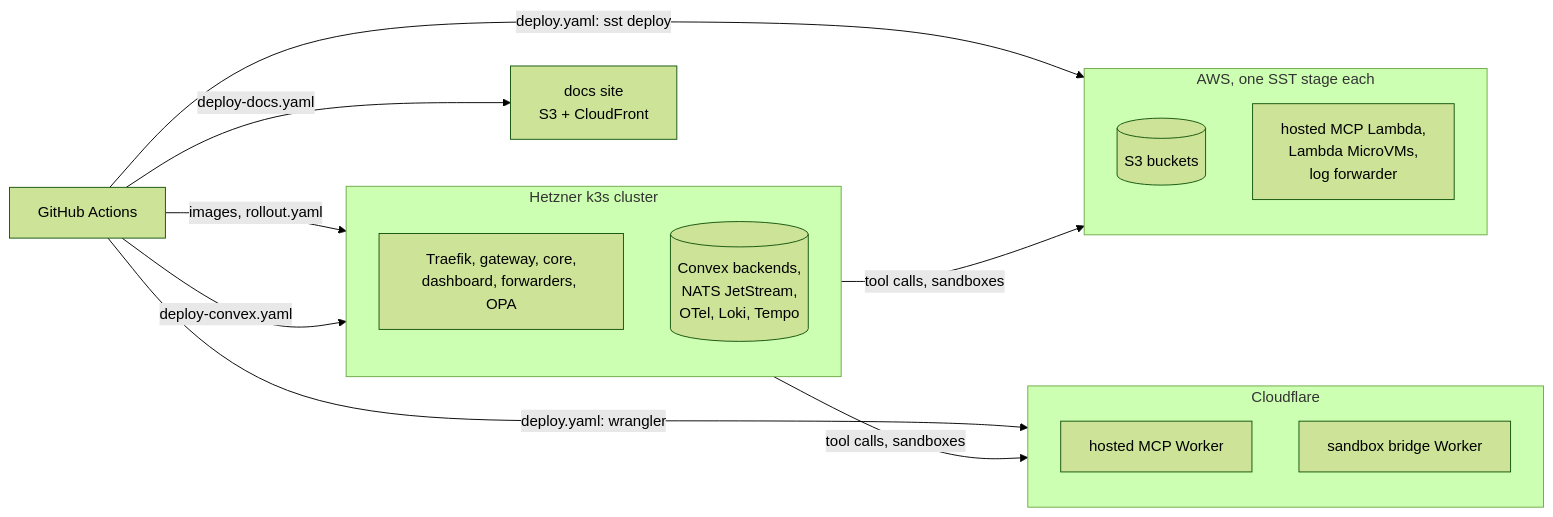
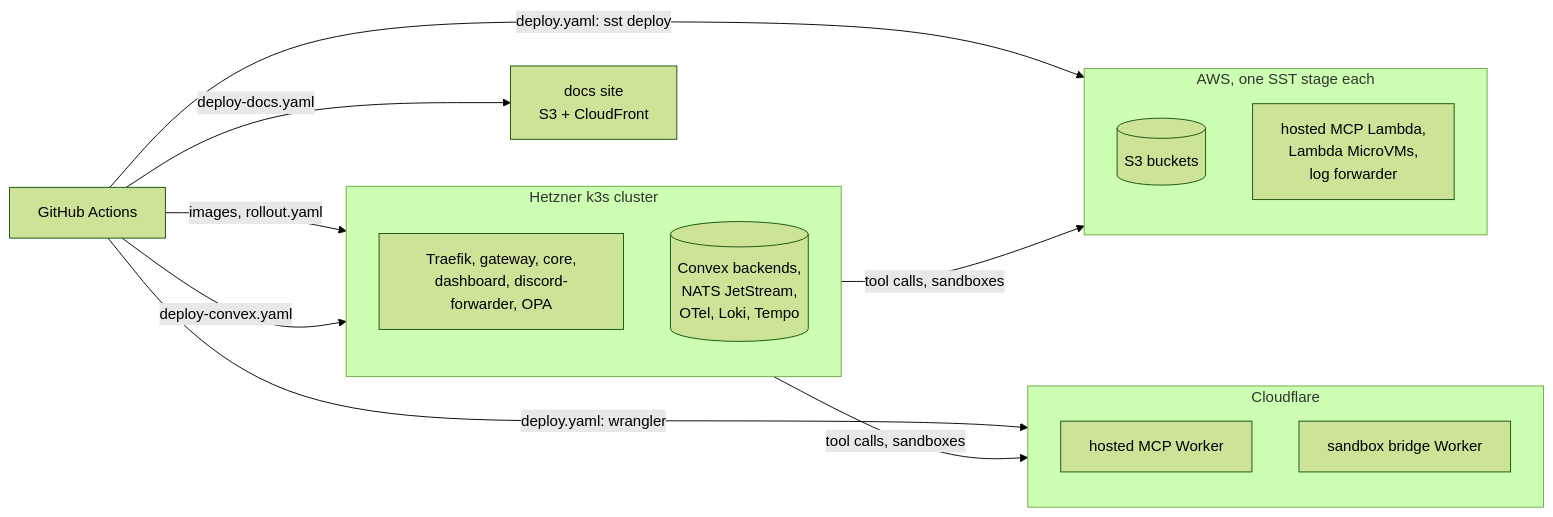
Before and after one commit to beeblastco/broods: the second of 2 diagrams in apps/docs/docs/internals/index.md, drawn with Mermaid (forest theme). The commit also changed other lines of this file and 77 other files, not shown here.

````diff
--- a/apps/docs/docs/internals/index.md
+++ b/apps/docs/docs/internals/index.md
@@ -84,28 +83,28 @@
 ```mermaid
 flowchart LR
   Actions["GitHub Actions"]
   subgraph K3s["Hetzner k3s cluster"]
     direction TB
-    K1["Traefik, gateway, core,<br/>dashboard, forwarders, OPA"]
+    K1["Traefik, gateway, core,<br/>dashboard, discord-forwarder, OPA"]
     K2[("Convex backends,<br/>NATS JetStream,<br/>OTel, Loki, Tempo")]
   end
   subgraph AWS["AWS, one SST stage each"]
     direction TB
     A1[("S3 buckets")]
     A2["hosted MCP Lambda,<br/>Lambda MicroVMs,<br/>log forwarder"]
   end
   subgraph CF["Cloudflare"]
     direction TB
     C1["hosted MCP Worker"]
     C2["sandbox bridge Worker"]
   end
   Docs["docs site<br/>S3 + CloudFront"]
 
   Actions -->|"images, rollout.yaml"| K1
   Actions -->|"deploy-convex.yaml"| K2
   Actions -->|"deploy.yaml: sst deploy"| AWS
   Actions -->|"deploy.yaml: wrangler"| C1
   Actions -->|"deploy-docs.yaml"| Docs
   K1 -->|"tool calls, sandboxes"| AWS
   K1 -->|"tool calls, sandboxes"| CF
 ```
````
